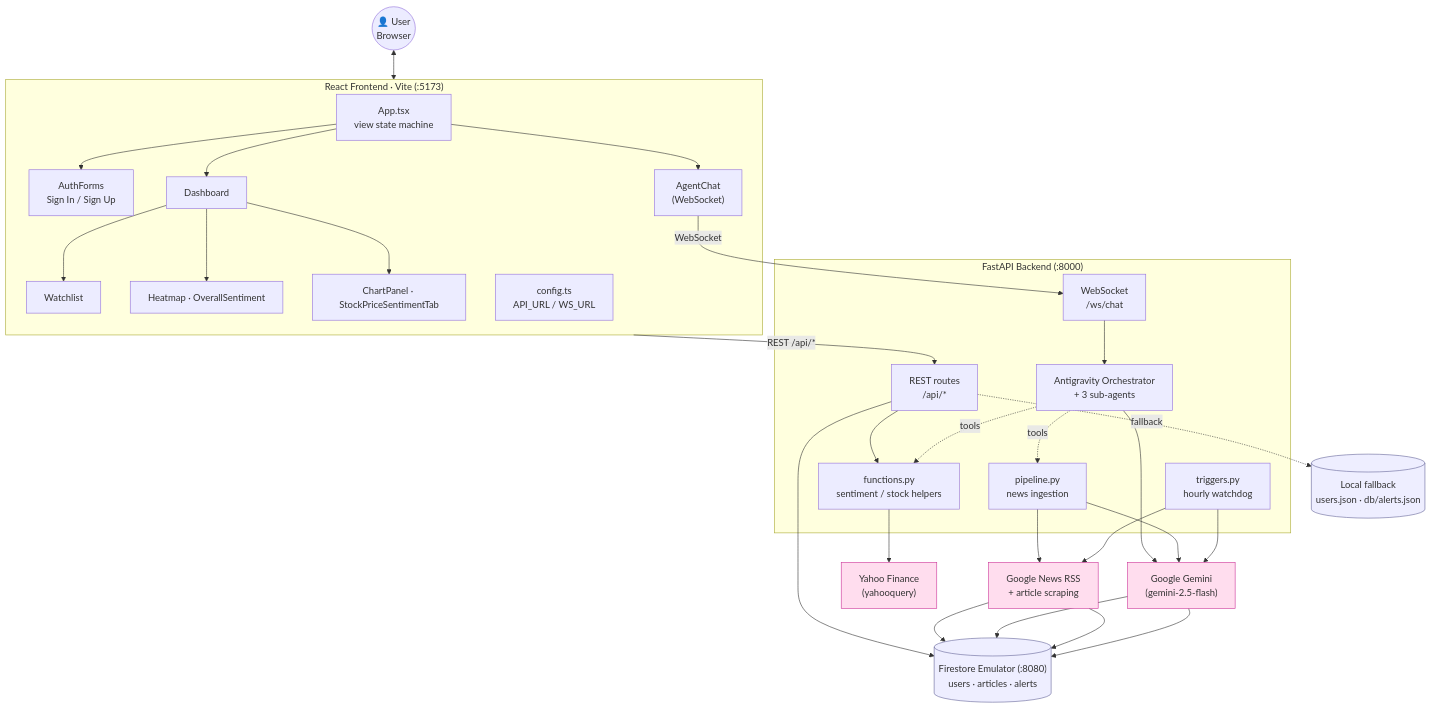
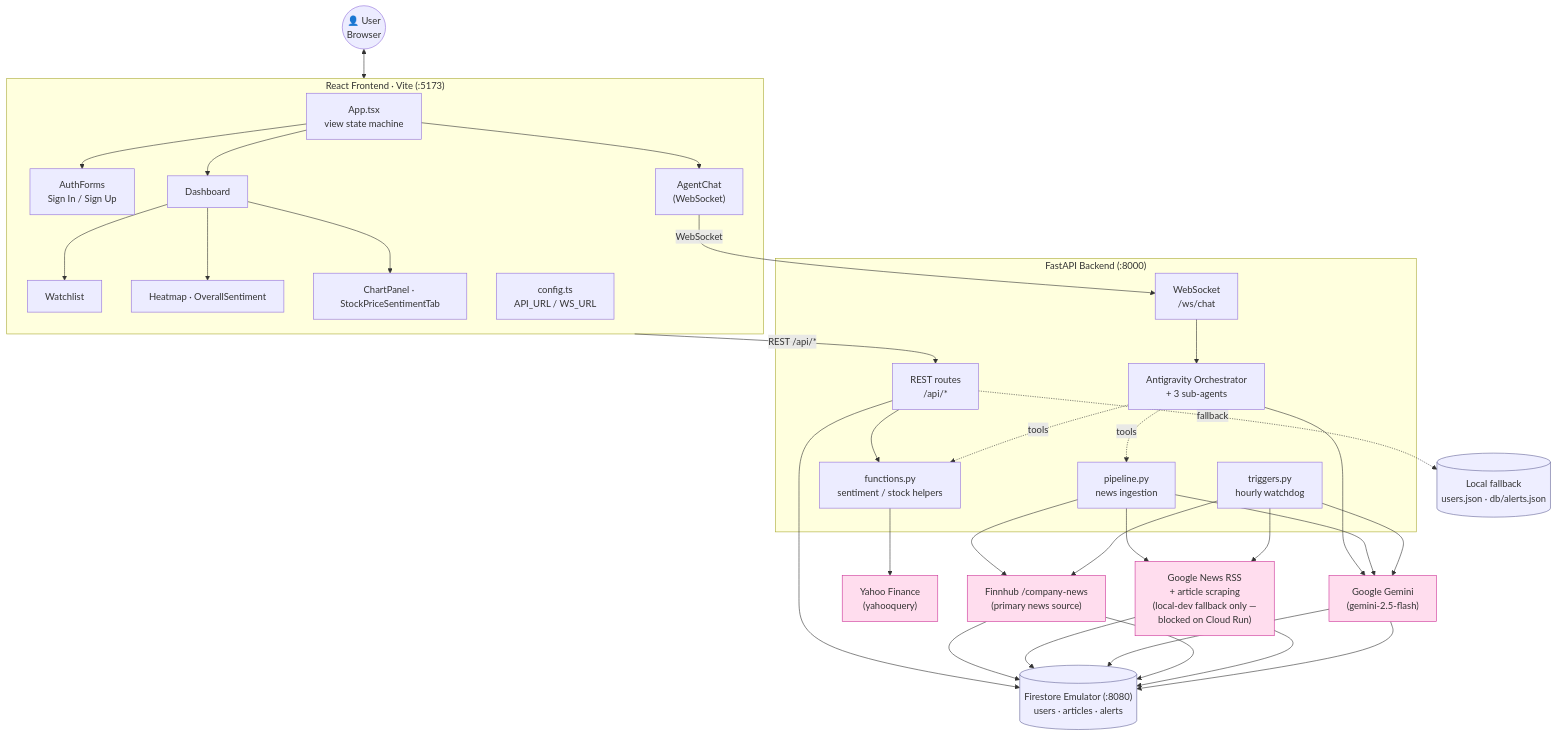
One commit to mathamatigician/MarketWave changed the diagram in docs/diagrams/01_current_architecture.mmd. Above: the diagram before and after it, drawn with Mermaid. The commit also changed 12 other files, not shown here.

First line of the commit message:
docs: refresh architecture diagrams for Finnhub news source migration (#24)

```diff
--- a/docs/diagrams/01_current_architecture.mmd
+++ b/docs/diagrams/01_current_architecture.mmd
@@ -1,52 +1,53 @@
 flowchart TB
     user(("👤 User<br/>Browser"))
 
     subgraph FE["React Frontend · Vite (:5173)"]
         app["App.tsx<br/>view state machine"]
         auth["AuthForms<br/>Sign In / Sign Up"]
         dash["Dashboard"]
         wl["Watchlist"]
         hm["Heatmap · OverallSentiment"]
         chart["ChartPanel · StockPriceSentimentTab"]
         chat["AgentChat<br/>(WebSocket)"]
         cfg["config.ts<br/>API_URL / WS_URL"]
     end
 
     subgraph BE["FastAPI Backend (:8000)"]
         rest["REST routes<br/>/api/*"]
         ws["WebSocket<br/>/ws/chat"]
         orch["Antigravity Orchestrator<br/>+ 3 sub-agents"]
         pipe["pipeline.py<br/>news ingestion"]
         trig["triggers.py<br/>hourly watchdog"]
         fn["functions.py<br/>sentiment / stock helpers"]
     end
 
     fs[("Firestore Emulator (:8080)<br/>users · articles · alerts")]
     localjson[("Local fallback<br/>users.json · db/alerts.json")]
 
     gemini["Google Gemini<br/>(gemini-2.5-flash)"]
     yahoo["Yahoo Finance<br/>(yahooquery)"]
-    gnews["Google News RSS<br/>+ article scraping"]
+    finnhub["Finnhub /company-news<br/>(primary news source)"]
+    gnews["Google News RSS<br/>+ article scraping<br/>(local-dev fallback only —<br/>blocked on Cloud Run)"]
 
     user <--> FE
     app --> auth & dash & chat
     dash --> wl & hm & chart
     FE -->|REST /api/*| rest
     chat -->|WebSocket| ws
 
     rest --> fs
     rest --> fn
     fn --> yahoo
     rest -. fallback .-> localjson
 
     ws --> orch
     orch --> gemini
     orch -. tools .-> pipe & fn
 
-    pipe --> gnews & gemini --> fs
-    trig --> gnews & gemini --> fs
+    pipe --> finnhub & gnews & gemini --> fs
+    trig --> finnhub & gnews & gemini --> fs
 
     classDef ext fill:#fde,stroke:#c39;
     classDef data fill:#eef,stroke:#669;
-    class gemini,yahoo,gnews ext;
+    class gemini,yahoo,finnhub,gnews ext;
     class fs,localjson data;
```
